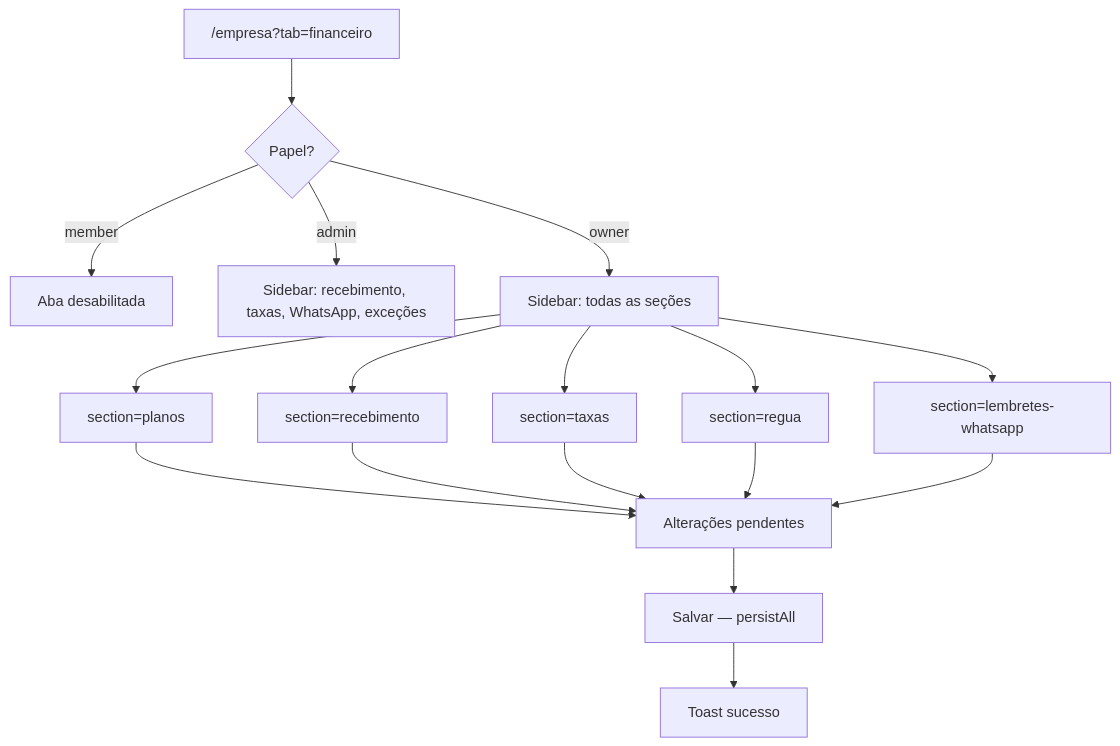
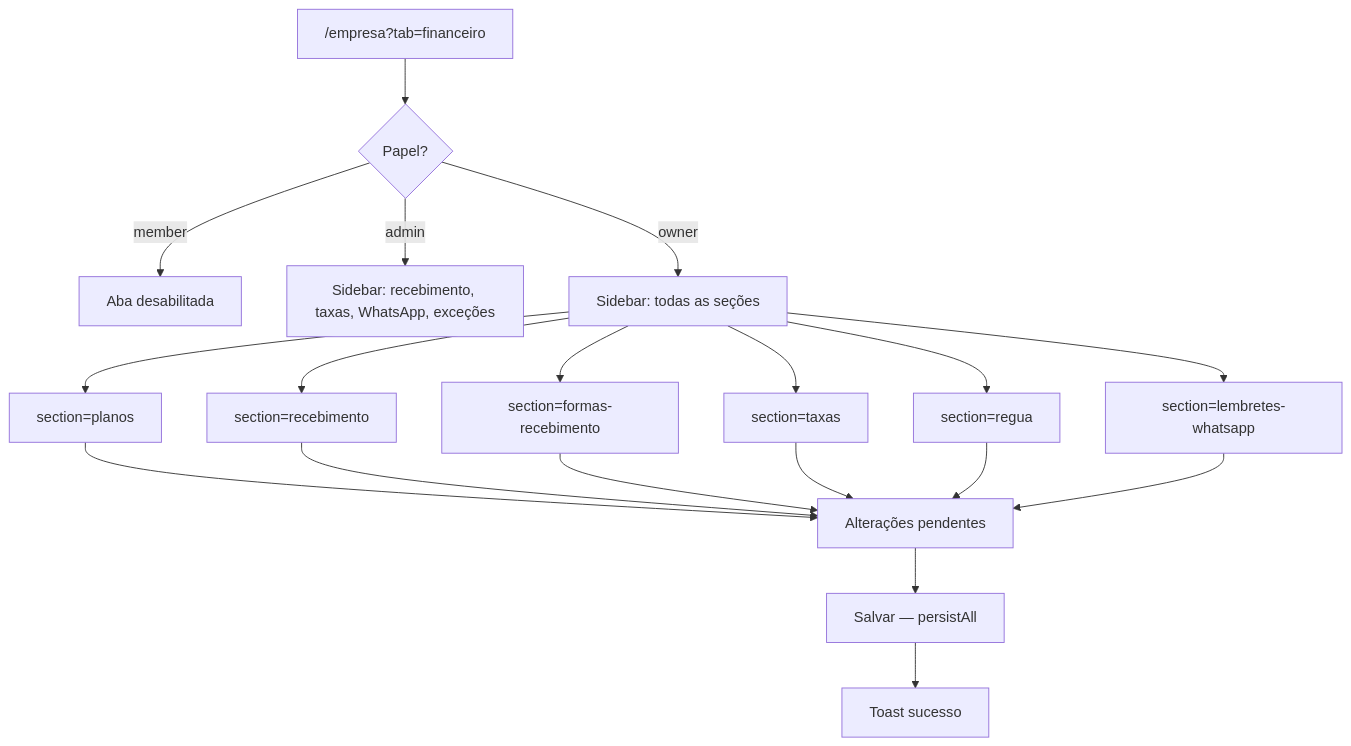
Before and after one commit to brunaamaralp/bjj: the diagram in docs/flows/financeiro/config-inicial-financeiro.md, drawn with Mermaid. The commit also changed other lines of this file and 59 other files, not shown here.

````diff
--- a/docs/flows/financeiro/config-inicial-financeiro.md
+++ b/docs/flows/financeiro/config-inicial-financeiro.md
@@ -35,19 +36,21 @@
 ```mermaid
 flowchart TD
   entry["/empresa?tab=financeiro"] --> role{Papel?}
   role -->|member| blocked[Aba desabilitada]
   role -->|admin| adminNav[Sidebar: recebimento, taxas, WhatsApp, exceções]
   role -->|owner| ownerNav[Sidebar: todas as seções]
   ownerNav --> planos[section=planos]
   ownerNav --> receb[section=recebimento]
+  ownerNav --> formas[section=formas-recebimento]
   ownerNav --> taxas[section=taxas]
   ownerNav --> regua[section=regua]
   ownerNav --> wa[section=lembretes-whatsapp]
   planos --> dirty[Alterações pendentes]
   receb --> dirty
+  formas --> dirty
   taxas --> dirty
   regua --> dirty
   wa --> dirty
   dirty --> save[Salvar — persistAll]
   save --> ok[Toast sucesso]
 ```
````
